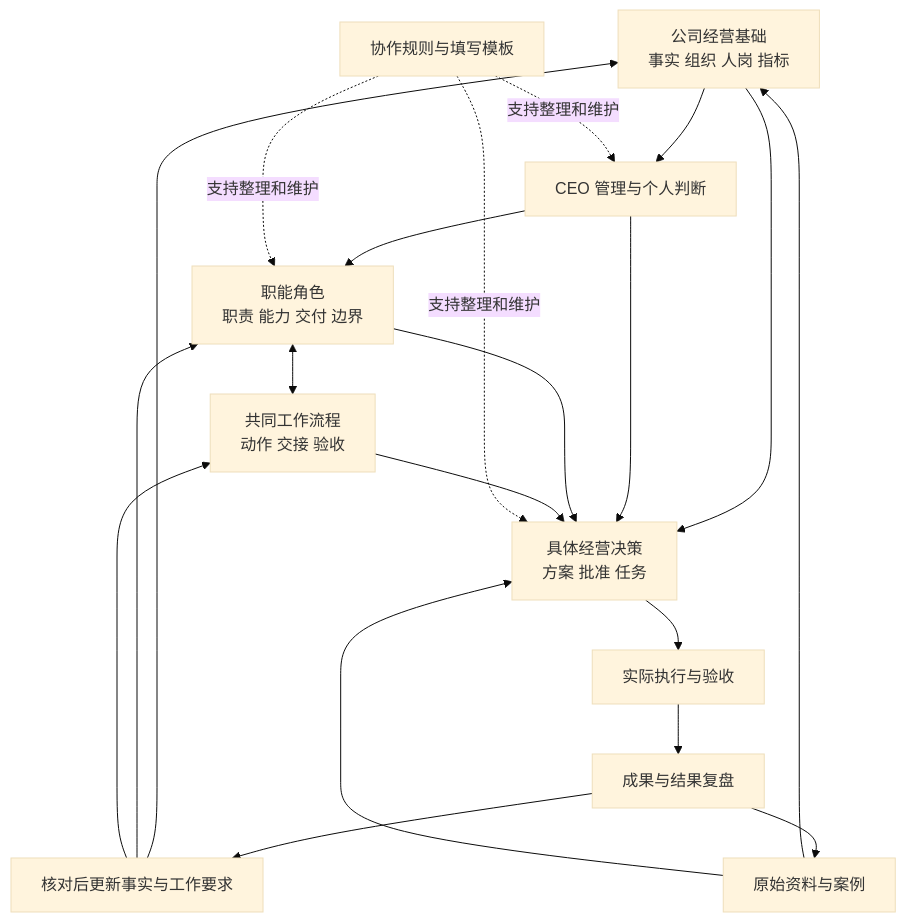
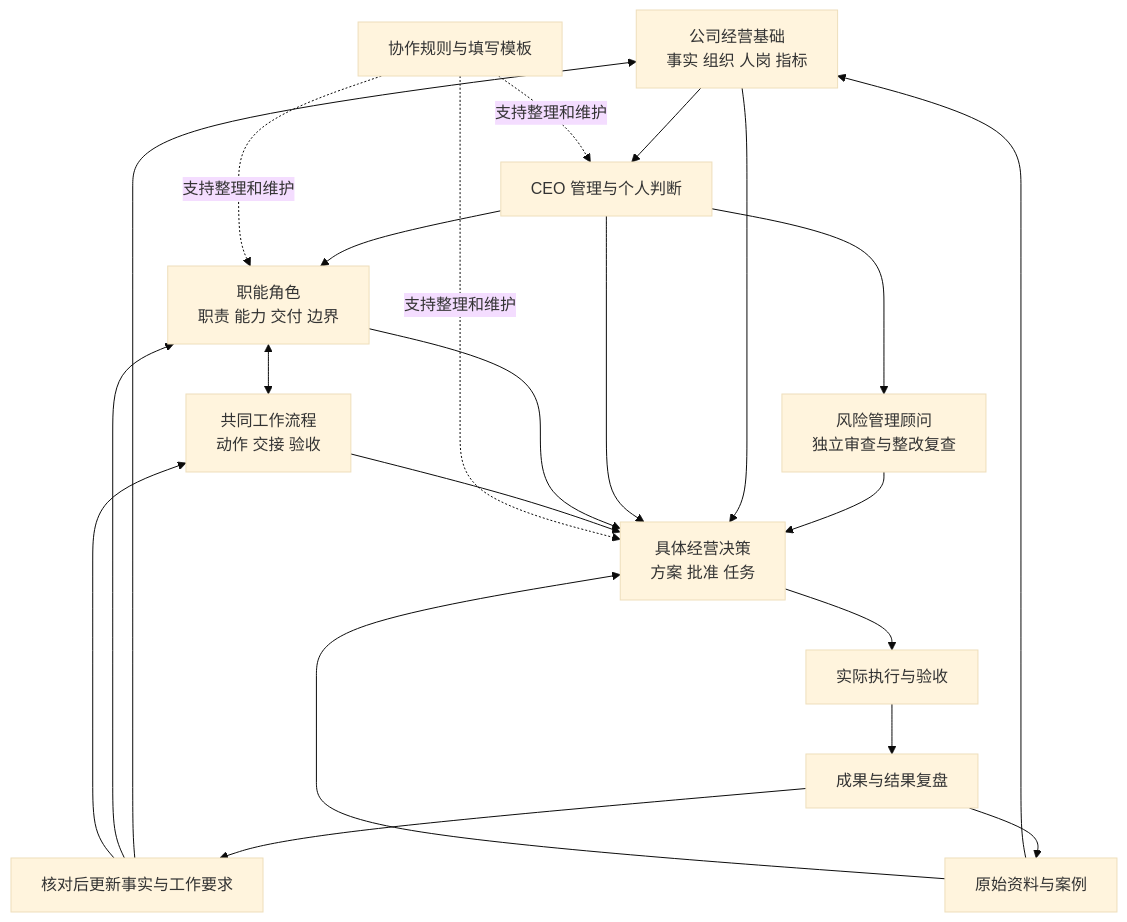
The diagram in README.md (haoyang877/WZD-Amazon-Management), drawn with Mermaid (base theme) before and after one commit. The commit also changed other lines of this file and 14 other files, not shown here.

````diff
--- a/README.md
+++ b/README.md
@@ -9,22 +11,24 @@
 ```mermaid
 flowchart TD
     B[公司经营基础<br/>事实 组织 人岗 指标] --> C[CEO 管理与个人判断]
     C --> R[职能角色<br/>职责 能力 交付 边界]
+    C --> Q[风险管理顾问<br/>独立审查与整改复查]
+    Q --> D
     R <--> F[共同工作流程<br/>动作 交接 验收]
     B --> D[具体经营决策<br/>方案 批准 任务]
     C --> D
     R --> D
     F --> D
     D --> X[实际执行与验收]
     X --> O[成果与结果复盘]
     O --> U[核对后更新事实与工作要求]
     U --> B
     U --> R
     U --> F
     E[原始资料与案例] --> B
     E --> D
     O --> E
     T[协作规则与填写模板] -.支持整理和维护.-> C
     T -.支持整理和维护.-> R
     T -.支持整理和维护.-> D
 ```
````
